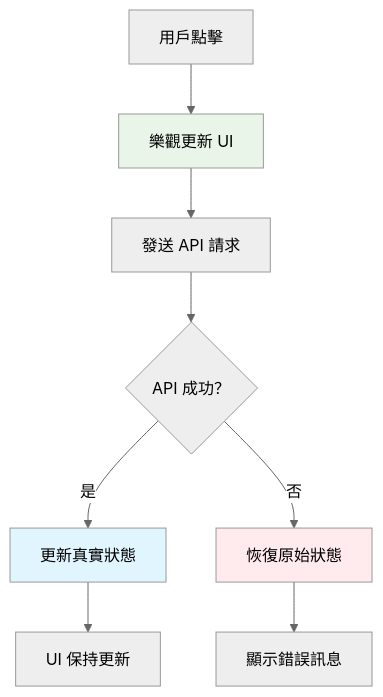
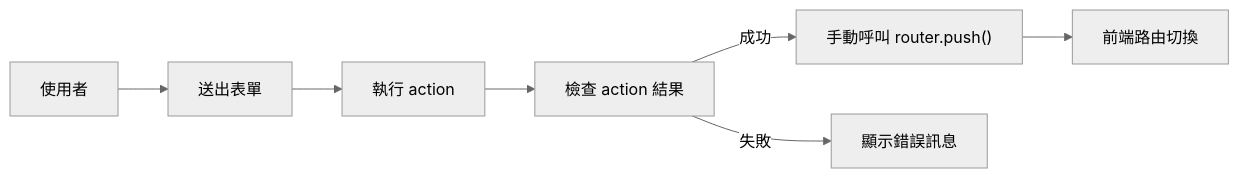
The seventh of 10 diagrams in source/_posts/20250926-js-react-19-hook.md (summer10920/summer10920.github.io), drawn with Mermaid (neutral theme) before and after one commit. The commit also changed other lines of this file and 1 other file, not shown here.

```diff
--- a/source/_posts/20250926-js-react-19-hook.md
+++ b/source/_posts/20250926-js-react-19-hook.md
@@ -7717,13 +7209,8 @@
-{% mermaid graph TD %}
-    A["用戶點擊"] --> B["樂觀更新 UI"]
-    B --> C["發送 API 請求"]
-    C --> D{"API 成功？"}
-    D -->|是| E["更新真實狀態"]
-    D -->|否| F["恢復原始狀態"]
-    E --> G["UI 保持更新"]
-    F --> H["顯示錯誤訊息"]
-    
-    style B fill:#e8f5e8
-    style E fill:#e1f5fe
-    style F fill:#ffebee
+{% mermaid graph LR %}
+    A["使用者"] --> B["送出表單"]
+    B --> C["執行 action"]
+    C --> D["檢查 action 結果"]
+    D -->|成功| E["手動呼叫 router.push()"]
+    D -->|失敗| F["顯示錯誤訊息"]
+    E --> G["前端路由切換"]
 {% endmermaid %}
```
